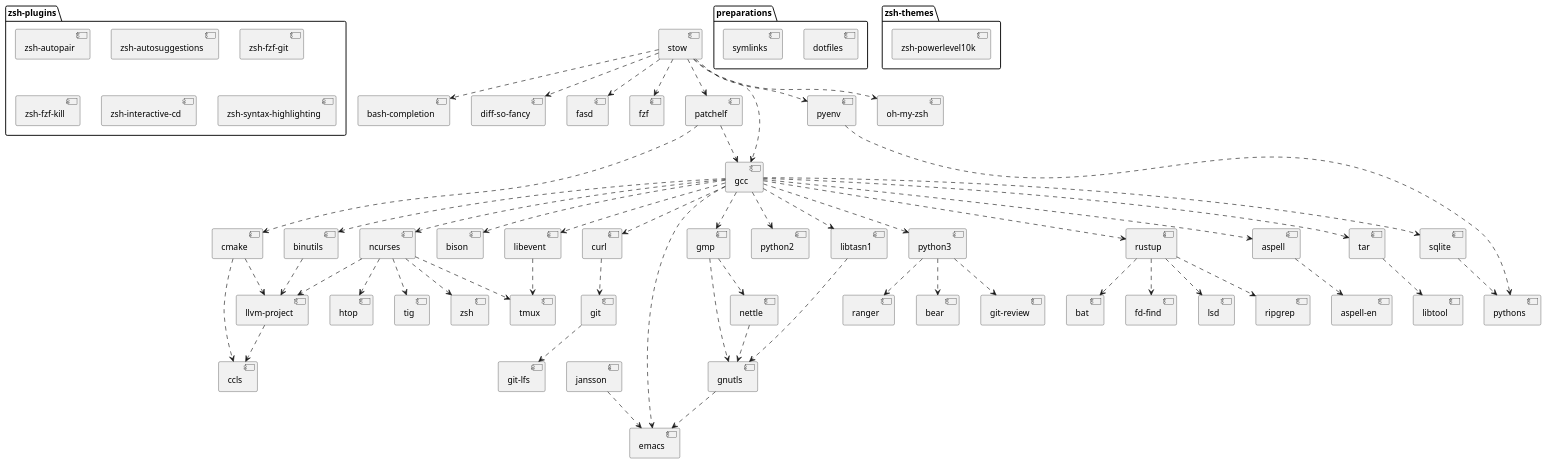
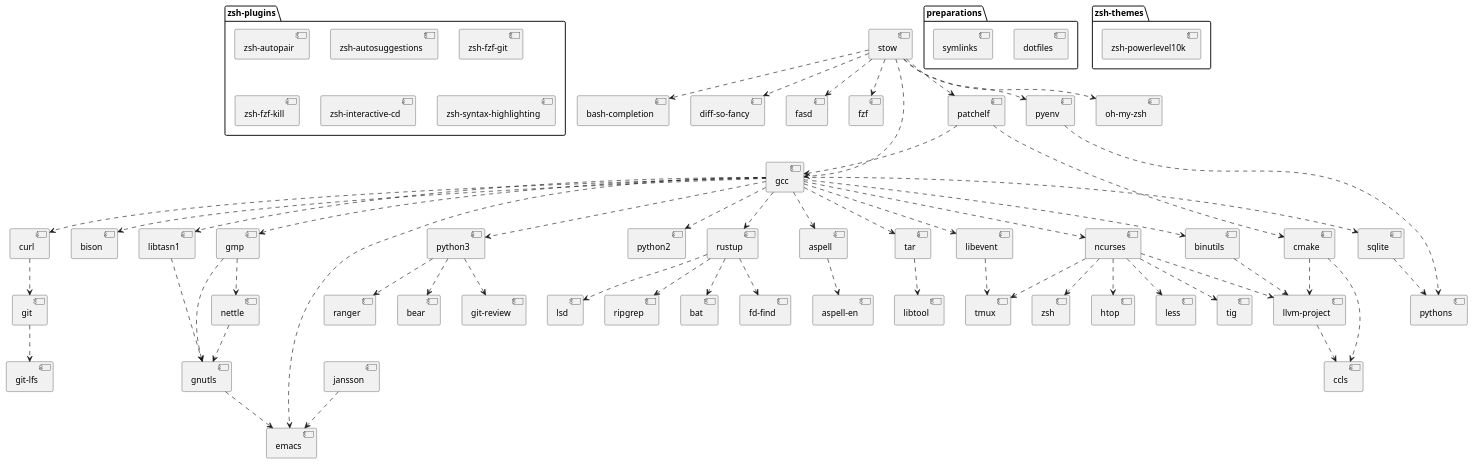
One commit to gessen/linsee-pkgs changed the diagram in deps.plantuml. Above: the diagram before and after it, drawn with PlantUML. The commit also changed 1 other file, not shown here.

Commit message:
less: add package

```diff
--- a/deps.plantuml
+++ b/deps.plantuml
@@ -1,92 +1,93 @@
 @startuml
 
 package "preparations" {
   [dotfiles]
   [symlinks]
 }
 
 package "zsh-plugins" {
   [zsh-autopair]
   [zsh-autosuggestions]
   [zsh-fzf-git]
   [zsh-fzf-kill]
   [zsh-interactive-cd]
   [zsh-syntax-highlighting]
 }
 
 package "zsh-themes" {
   [zsh-powerlevel10k]
 }
 
 [stow] ..> [bash-completion]
 [stow] ..> [diff-so-fancy]
 [stow] ..> [fasd]
 [stow] ..> [fzf]
 [stow] ..> [gcc]
 [stow] ..> [oh-my-zsh]
 [stow] ..> [patchelf]
 [stow] ..> [pyenv]
 
 [patchelf] ..> [gcc]
 [patchelf] ..> [cmake]
 
 [gcc] ..> [aspell]
 [gcc] ..> [binutils]
 [gcc] ..> [bison]
 [gcc] ..> [curl]
 [gcc] ..> [emacs]
 [gcc] ..> [gmp]
 [gcc] ..> [libevent]
 [gcc] ..> [libtasn1]
 [gcc] ..> [ncurses]
 [gcc] ..> [python2]
 [gcc] ..> [python3]
 [gcc] ..> [rustup]
 [gcc] ..> [sqlite]
 [gcc] ..> [tar]
 
 [cmake] ..> [ccls]
 [cmake] ..> [llvm-project]
 
 [pyenv] ..> [pythons]
 [sqlite] ..> [pythons]
 
 [python3] ..> [bear]
 [python3] ..> [git-review]
 [python3] ..> [ranger]
 
 [gmp] ..> [nettle]
 [gmp] ..> [gnutls]
 
 [libtasn1] ..> [gnutls]
 [nettle] ..> [gnutls]
 
 [gnutls] ..> [emacs]
 [jansson] ..> [emacs]
 
 [aspell] ..> [aspell-en]
 
 [binutils] ..> [llvm-project]
 
 [tar] ..> [libtool]
 
 [ncurses] ..> [htop]
+[ncurses] ..> [less]
 [ncurses] ..> [llvm-project]
 [ncurses] ..> [tig]
 [ncurses] ..> [tmux]
 [ncurses] ..> [zsh]
 
 [libevent] ..> [tmux]
 
 [curl] ..> [git]
 
 [git] ..> [git-lfs]
 
 [llvm-project] ..> [ccls]
 
 [rustup] ..> [bat]
 [rustup] ..> [fd-find]
 [rustup] ..> [lsd]
 [rustup] ..> [ripgrep]
 
 @enduml
```
